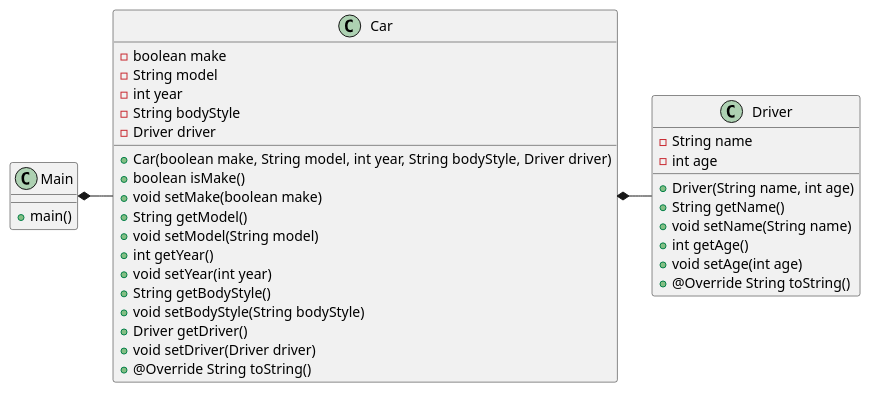
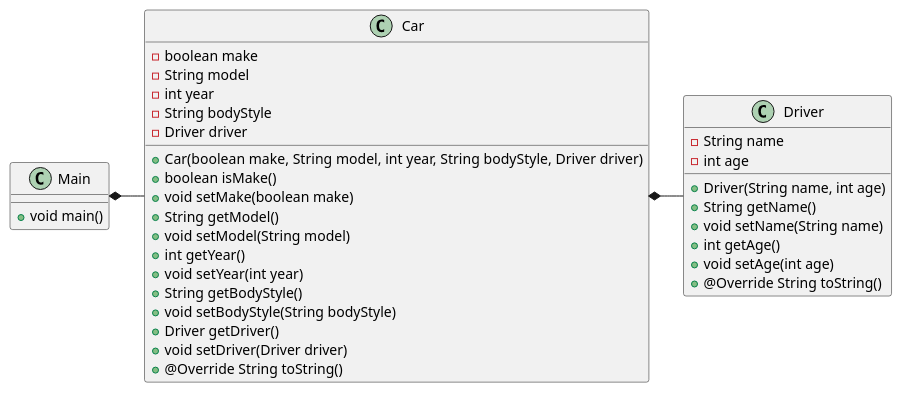
One commit to MagKon/Dat1-ugeopgave5 changed the diagram in OOP1/Documentation/CarsAndDrivers.puml. Above: the diagram before and after it, drawn with PlantUML. The commit also changed 2 other files, not shown here.

```diff
--- a/OOP1/Documentation/CarsAndDrivers.puml
+++ b/OOP1/Documentation/CarsAndDrivers.puml
@@ -1,43 +1,43 @@
 @startuml
 'https://plantuml.com/object-diagram
 
 class Main {
-    +main()
+    +void main()
 }
 
 class Car {
     -boolean make
     -String model
     -int year
     -String bodyStyle
     -Driver driver
 
     +Car(boolean make, String model, int year, String bodyStyle, Driver driver)
     +boolean isMake()
     +void setMake(boolean make)
     +String getModel()
     +void setModel(String model)
     +int getYear()
     +void setYear(int year)
     +String getBodyStyle()
     +void setBodyStyle(String bodyStyle)
     +Driver getDriver()
     +void setDriver(Driver driver)
     +@Override String toString()
 }
 class Driver {
     -String name
     -int age
 
     +Driver(String name, int age)
     +String getName()
     +void setName(String name)
     +int getAge()
     +void setAge(int age)
     +@Override String toString()
 }
 
 Main *- Car
 Car *- Driver
 
 @enduml
```
